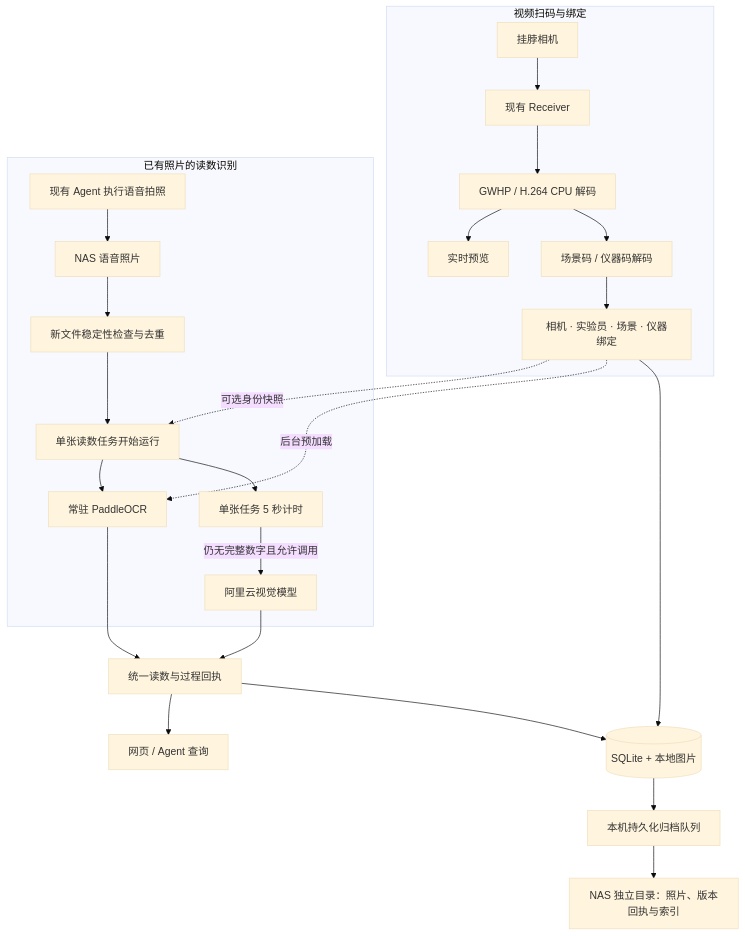
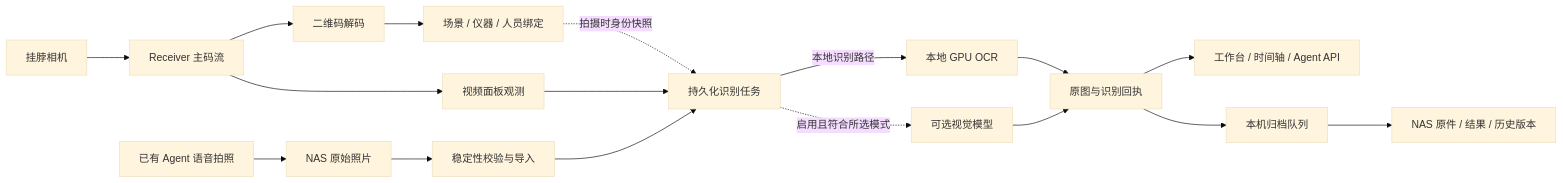
One commit to kealan-Jun/FieldRecognition changed the diagram in README.md. Above: the diagram before and after it, drawn with Mermaid (base theme). The commit also changed other lines of this file and 2 other files, not shown here.

````diff
--- a/README.md
+++ b/README.md
@@ -152,29 +166,19 @@
 ```mermaid
-flowchart TB
-    subgraph Identity[视频扫码与绑定]
-        Camera[挂脖相机] --> Receiver[现有 Receiver]
-        Receiver --> Decode[GWHP / H.264 CPU 解码]
-        Decode --> Preview[实时预览]
-        Decode --> QR[场景码 / 仪器码解码]
-        QR --> Binding[相机 · 实验员 · 场景 · 仪器绑定]
-    end
-
-    subgraph Reading[已有照片的读数识别]
-        Agent[现有 Agent 执行语音拍照] --> NAS[NAS 语音照片]
-        NAS --> Watch[新文件稳定性检查与去重]
-        Watch --> Job[单张读数任务开始运行]
-        Job --> OCR[常驻 PaddleOCR]
-        Job --> Timer[单张任务 5 秒计时]
-        Timer -->|仍无完整数字且允许调用| Cloud[阿里云视觉模型]
-    end
-
-    Binding -.->|可选身份快照| Job
-    Binding -.->|后台预加载| OCR
-    OCR --> Result[统一读数与过程回执]
-    Cloud --> Result
-    Result --> UI[网页 / Agent 查询]
-    Binding --> Store[(SQLite + 本地图片)]
-    Result --> Store
-    Store --> Outbox[本机持久化归档队列]
-    Outbox --> Archive[NAS 独立目录：照片、版本回执与索引]
+flowchart LR
+    Camera[挂脖相机] --> Receiver[Receiver 主码流]
+    Receiver --> QR[二维码解码]
+    QR --> Binding[场景 / 仪器 / 人员绑定]
+    Receiver --> Video[视频面板观测]
+    Agent[已有 Agent 语音拍照] --> Photos[NAS 原始照片]
+    Photos --> Import[稳定性校验与导入]
+    Binding -. 拍摄时身份快照 .-> Jobs[持久化识别任务]
+    Video --> Jobs
+    Import --> Jobs
+    Jobs -->|本地识别路径| OCR[本地 GPU OCR]
+    Jobs -. 启用且符合所选模式 .-> Vision[可选视觉模型]
+    OCR --> Evidence[原图与识别回执]
+    Vision --> Evidence
+    Evidence --> UI[工作台 / 时间轴 / Agent API]
+    Evidence --> Outbox[本机归档队列]
+    Outbox --> Archive[NAS 原件 / 结果 / 历史版本]
 ```
````
